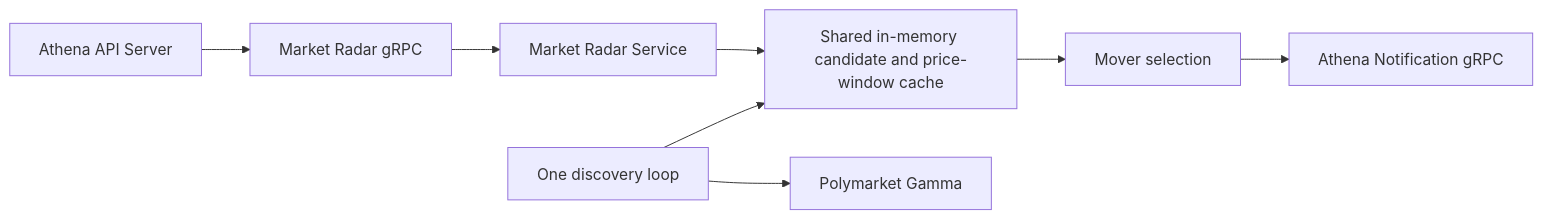
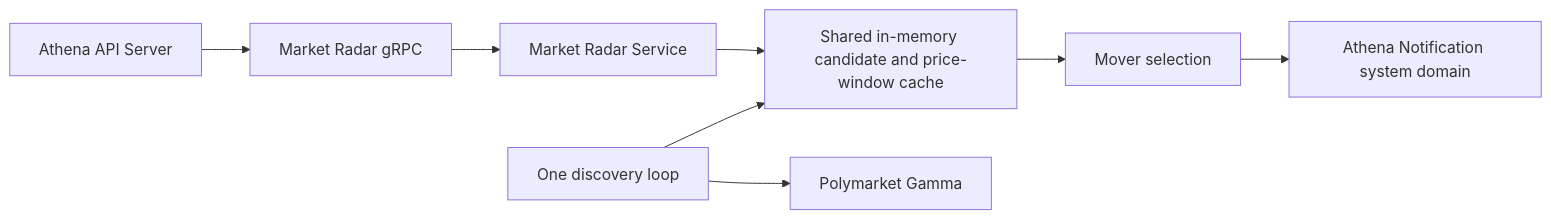
Before and after one commit to useryege/athena-o: the diagram in docs/design/market-intelligence/market-radar.md, drawn with Mermaid. The commit also changed other lines of this file and 101 other files, not shown here.

````diff
--- a/docs/design/market-intelligence/market-radar.md
+++ b/docs/design/market-intelligence/market-radar.md
@@ -39,10 +42,10 @@
 ```mermaid
 flowchart LR
     A["Athena API Server"] --> G["Market Radar gRPC"]
     G --> S["Market Radar Service"]
     S --> C["Shared in-memory candidate and price-window cache"]
     L["One discovery loop"] --> P["Polymarket Gamma"]
     L --> C
     C --> N["Mover selection"]
-    N --> T["Athena Notification gRPC"]
+    N --> T["Athena Notification system domain"]
 ```
````
